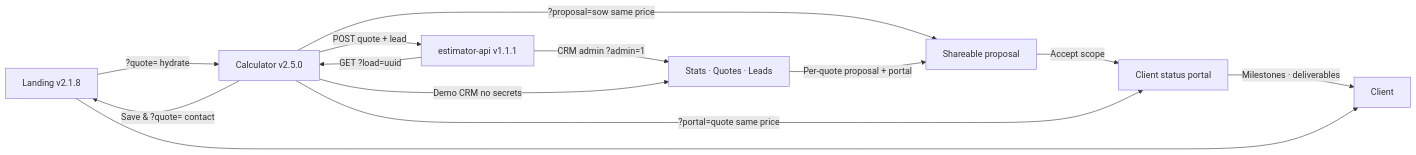
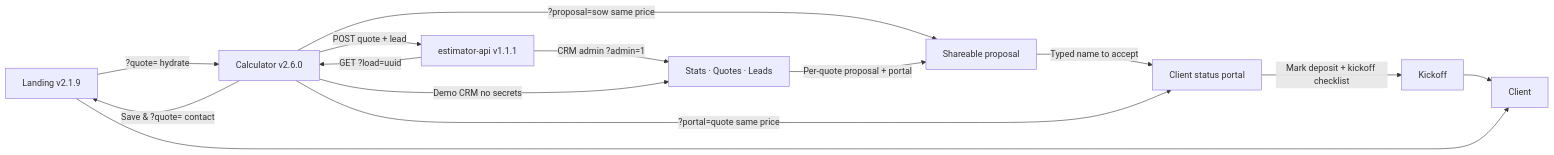
One commit to pixellayer7-jpg/pixellayer7-jpg changed the diagram in README.md. Above: the diagram before and after it, drawn with Mermaid. The commit also changed other lines of this file and 2 other files, not shown here.

Commit message:
docs: sync profile to calculator v2.6 typed accept and kickoff

````diff
--- a/README.md
+++ b/README.md
@@ -18,15 +18,16 @@
 ```mermaid
 flowchart LR
-  A[Landing v2.1.8] -->|?quote= hydrate| B[Calculator v2.5.0]
+  A[Landing v2.1.9] -->|?quote= hydrate| B[Calculator v2.6.0]
   B -->|Save & ?quote= contact| A
   B -->|?proposal=sow same price| R[Shareable proposal]
-  R -->|Accept scope| P[Client status portal]
+  R -->|Typed name to accept| P[Client status portal]
+  P -->|Mark deposit + kickoff checklist| K[Kickoff]
   B -->|?portal=quote same price| P
   B -->|POST quote + lead| D[estimator-api v1.1.1]
   D -->|CRM admin ?admin=1| E[Stats · Quotes · Leads]
   B -->|Demo CRM no secrets| E
   E -->|Per-quote proposal + portal| R
-  P -->|Milestones · deliverables| F[Client]
+  K --> F[Client]
   D -->|GET ?load=uuid| B
   A --> F[Client]
 ```
````
